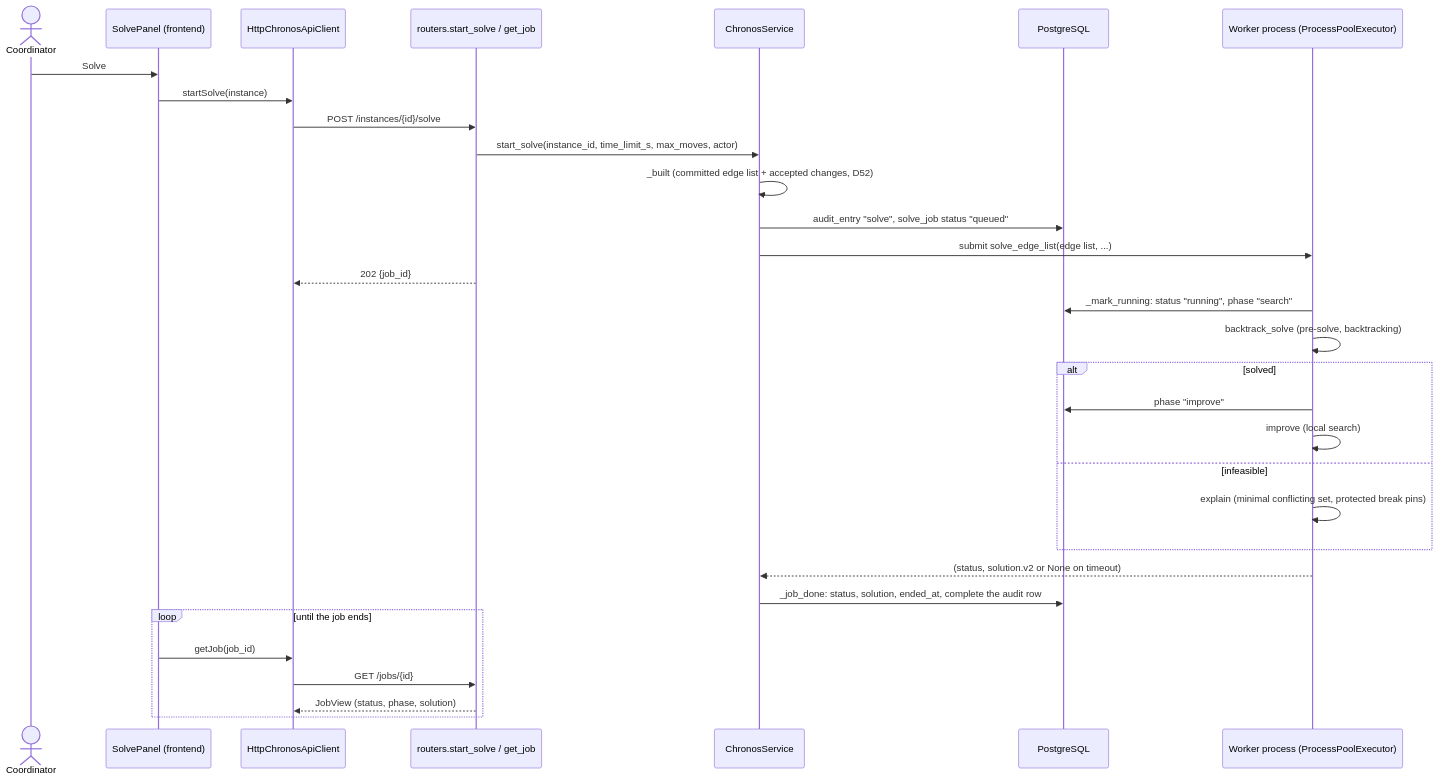
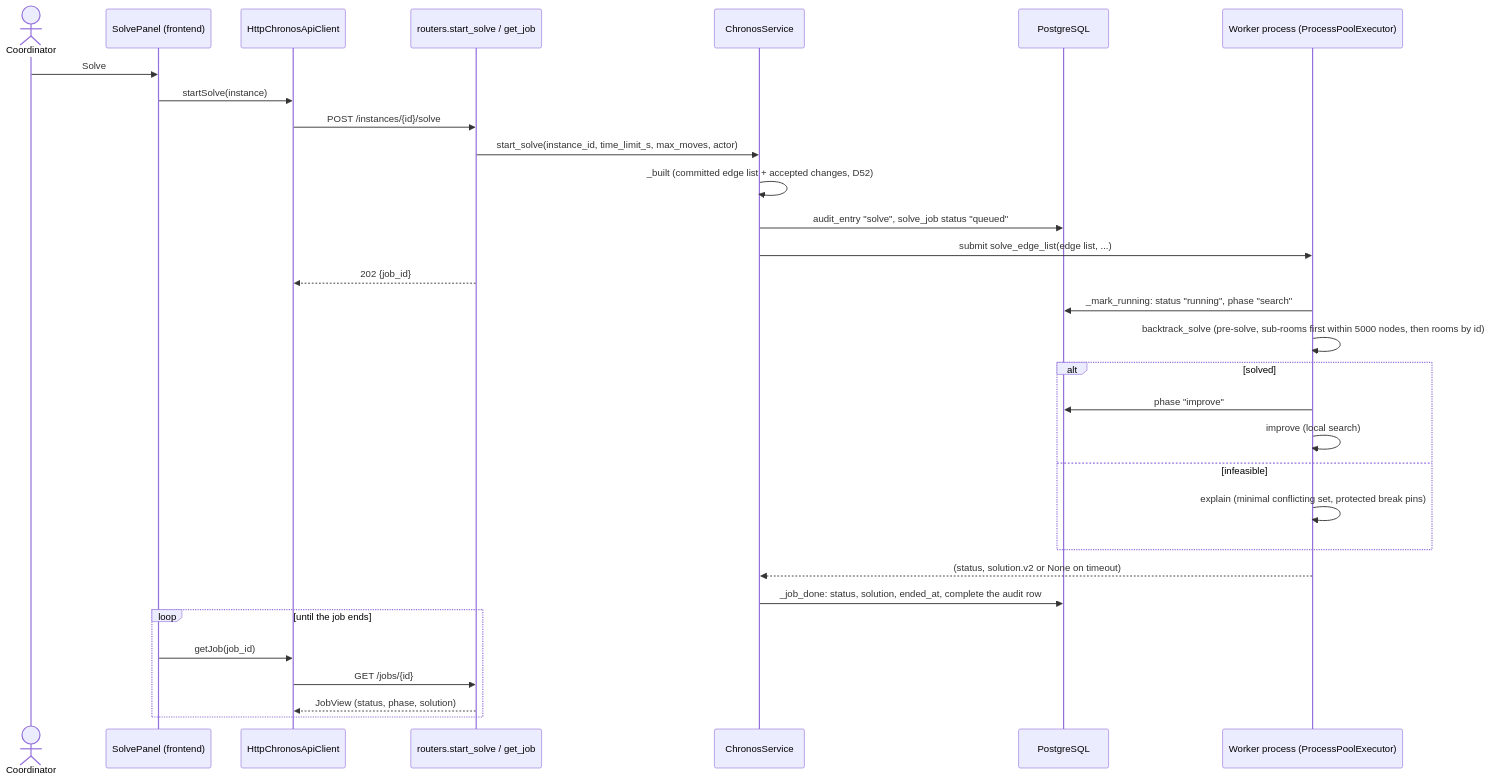
One commit to Nidzz07/Automated-Academic-Timetable-Scheduling-System changed the fifth of 12 diagrams in docs/uml.md. Above: the diagram before and after it, drawn with Mermaid. The commit also changed other lines of this file and 7 other files, not shown here.

Commit message:
docs(solver): S14x leftovers: course citations, backtracks field note, fresh solves after demo flows and S14i, srs/uml

````diff
--- a/docs/uml.md
+++ b/docs/uml.md
@@ -175,33 +175,33 @@
 ```mermaid
 sequenceDiagram
     actor Coordinator
     participant SolvePanel as SolvePanel (frontend)
     participant Client as HttpChronosApiClient
     participant Router as routers.start_solve / get_job
     participant Service as ChronosService
     participant Database as PostgreSQL
     participant Worker as Worker process (ProcessPoolExecutor)
     Coordinator->>SolvePanel: Solve
     SolvePanel->>Client: startSolve(instance)
     Client->>Router: POST /instances/{id}/solve
     Router->>Service: start_solve(instance_id, time_limit_s, max_moves, actor)
     Service->>Service: _built (committed edge list + accepted changes, D52)
     Service->>Database: audit_entry "solve", solve_job status "queued"
     Service->>Worker: submit solve_edge_list(edge list, ...)
     Router-->>Client: 202 {job_id}
     Worker->>Database: _mark_running: status "running", phase "search"
-    Worker->>Worker: backtrack_solve (pre-solve, backtracking)
+    Worker->>Worker: backtrack_solve (pre-solve, sub-rooms first within 5000 nodes, then rooms by id)
     alt solved
         Worker->>Database: phase "improve"
         Worker->>Worker: improve (local search)
     else infeasible
         Worker->>Worker: explain (minimal conflicting set, protected break pins)
     end
     Worker-->>Service: (status, solution.v2 or None on timeout)
     Service->>Database: _job_done: status, solution, ended_at, complete the audit row
     loop until the job ends
         SolvePanel->>Client: getJob(job_id)
         Client->>Router: GET /jobs/{id}
         Router-->>Client: JobView (status, phase, solution)
     end
 ```
````
